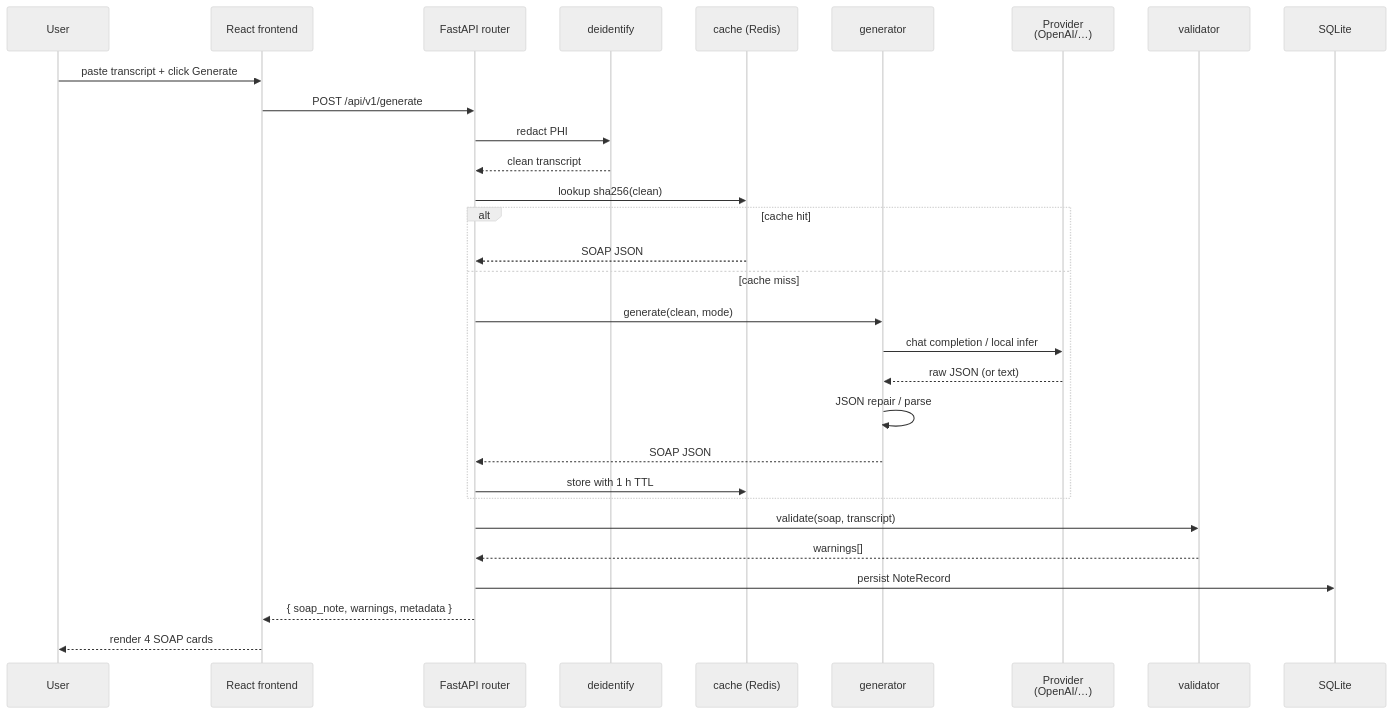
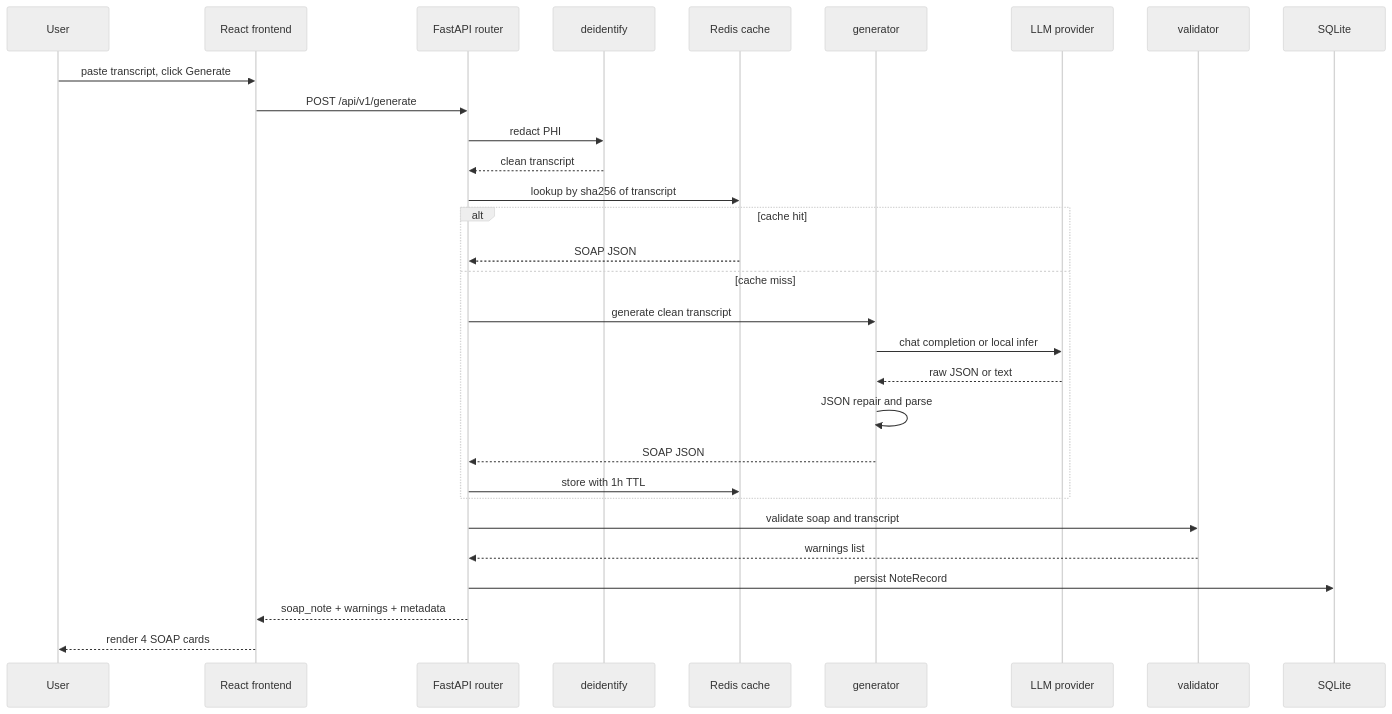
One commit to sushildalavi/SOAPFlow-Clinical-Transcript-to-SOAP-Note-Platform changed the third of 6 diagrams in README.md. Above: the diagram before and after it, drawn with Mermaid (neutral theme). The commit also changed other lines of this file, not shown here.

Commit message:
harden mermaid: drop xychart-beta (was failing chunk-load), quote cylinder labels, depara sequence diagrams

````diff
--- a/README.md
+++ b/README.md
@@ -265,33 +265,33 @@
 ```mermaid
 sequenceDiagram
     participant U as User
     participant FE as React frontend
     participant API as FastAPI router
     participant DI as deidentify
-    participant CA as cache (Redis)
+    participant CA as Redis cache
     participant GEN as generator
-    participant LLM as Provider<br/>(OpenAI/…)
+    participant LLM as LLM provider
     participant V as validator
     participant DB as SQLite
 
-    U->>FE: paste transcript + click Generate
+    U->>FE: paste transcript, click Generate
     FE->>API: POST /api/v1/generate
     API->>DI: redact PHI
     DI-->>API: clean transcript
-    API->>CA: lookup sha256(clean)
+    API->>CA: lookup by sha256 of transcript
     alt cache hit
         CA-->>API: SOAP JSON
     else cache miss
-        API->>GEN: generate(clean, mode)
-        GEN->>LLM: chat completion / local infer
-        LLM-->>GEN: raw JSON (or text)
-        GEN->>GEN: JSON repair / parse
+        API->>GEN: generate clean transcript
+        GEN->>LLM: chat completion or local infer
+        LLM-->>GEN: raw JSON or text
+        GEN->>GEN: JSON repair and parse
         GEN-->>API: SOAP JSON
-        API->>CA: store with 1 h TTL
+        API->>CA: store with 1h TTL
     end
-    API->>V: validate(soap, transcript)
-    V-->>API: warnings[]
+    API->>V: validate soap and transcript
+    V-->>API: warnings list
     API->>DB: persist NoteRecord
-    API-->>FE: { soap_note, warnings, metadata }
+    API-->>FE: soap_note + warnings + metadata
     FE-->>U: render 4 SOAP cards
 ```
````
